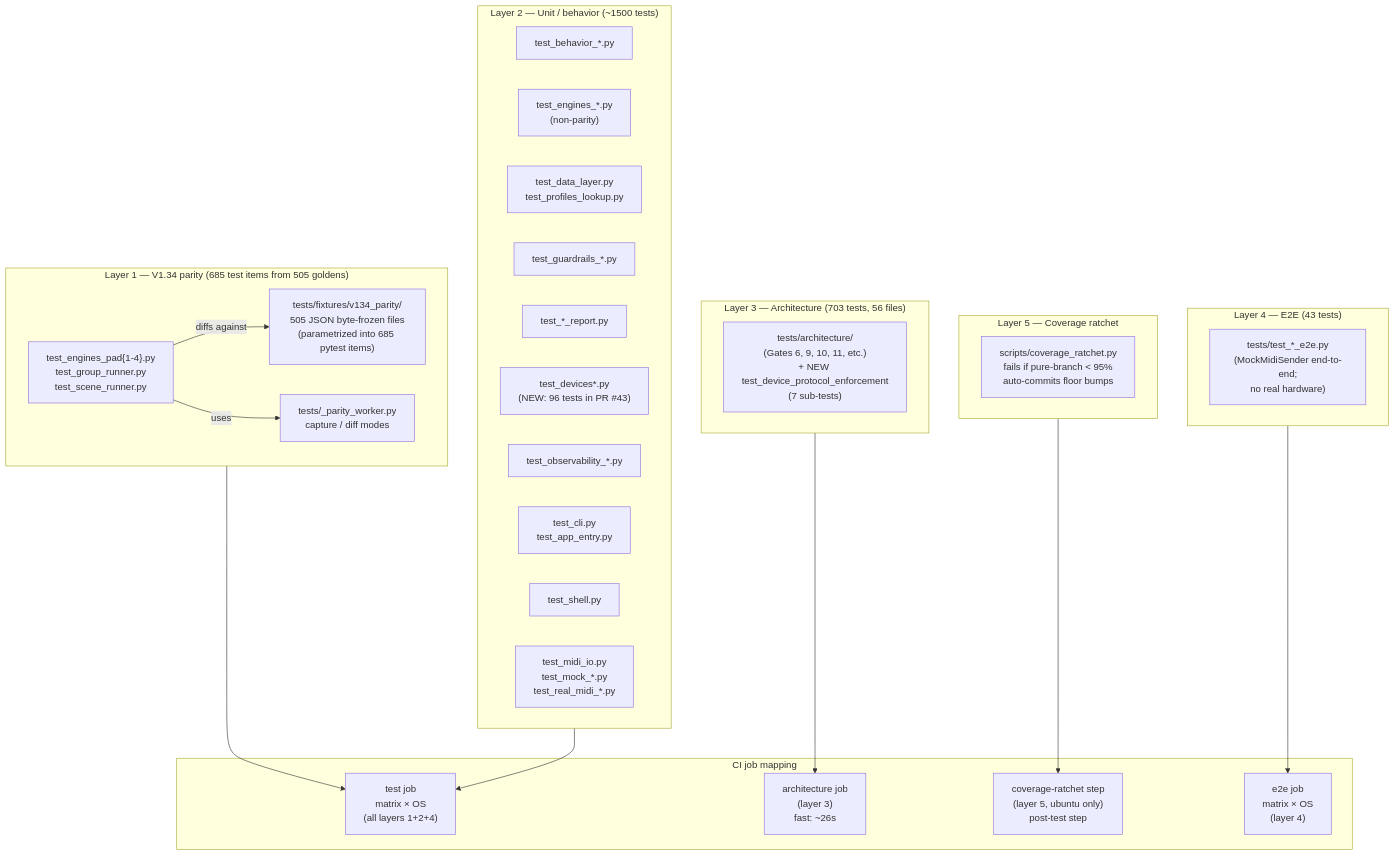
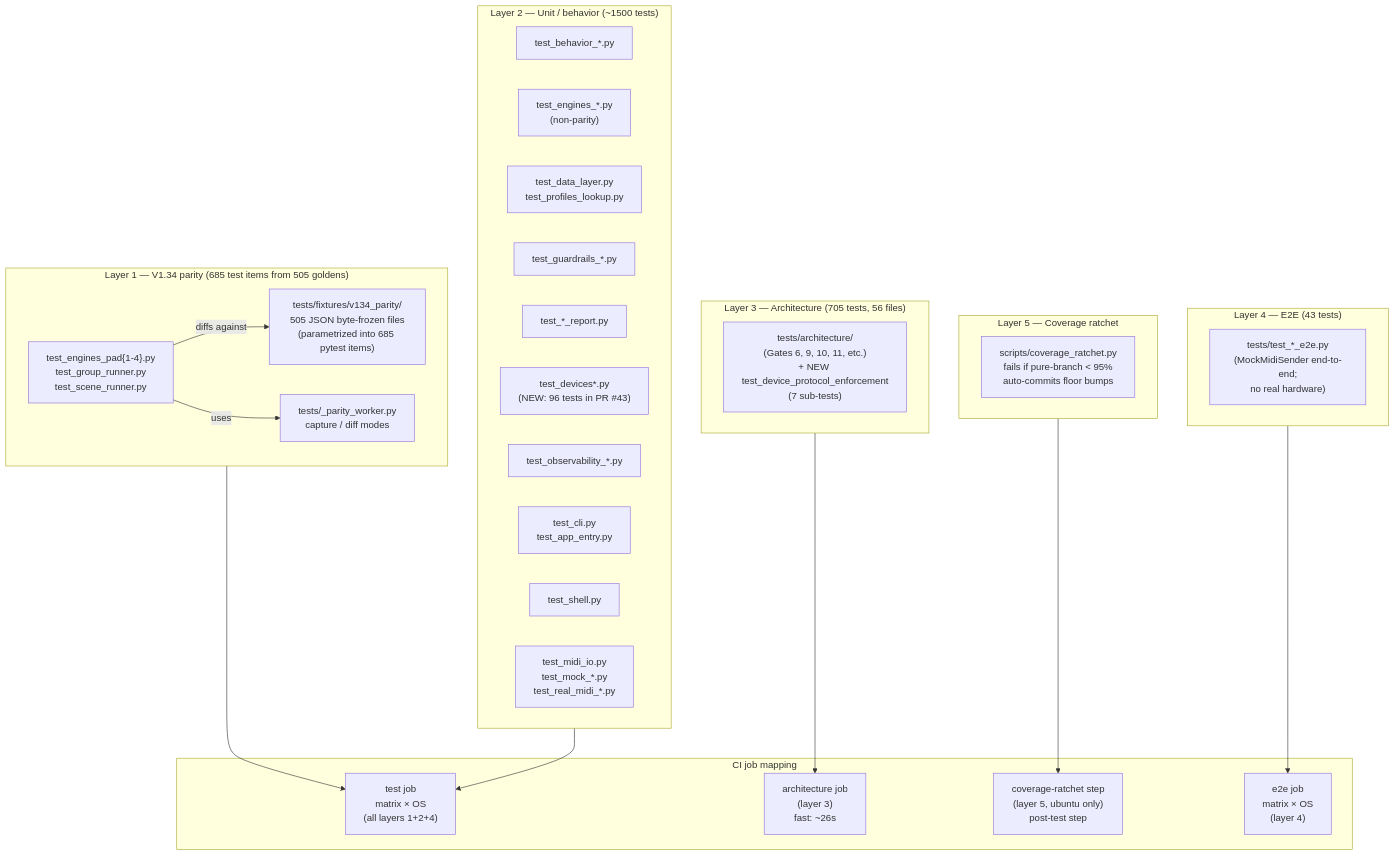
Diagram 13 of 34 in docs/ARCHITECTURE_DIAGRAMS.md (buzzijose-hub/RytmRandomizer), drawn with Mermaid before and after one commit. The commit also changed other lines of this file and 32 other files, not shown here.

````diff
--- a/docs/ARCHITECTURE_DIAGRAMS.md
+++ b/docs/ARCHITECTURE_DIAGRAMS.md
@@ -979,49 +979,49 @@
 ```mermaid
 flowchart TB
     subgraph Layer1["Layer 1 — V1.34 parity (685 test items from 505 goldens)"]
         Goldens["tests/fixtures/v134_parity/<br/>505 JSON byte-frozen files<br/>(parametrized into 685 pytest items)"]
         ParityTests["test_engines_pad{1-4}.py<br/>test_group_runner.py<br/>test_scene_runner.py"]
         ParityWorker["tests/_parity_worker.py<br/>capture / diff modes"]
     end
 
     subgraph Layer2["Layer 2 — Unit / behavior (~1500 tests)"]
         BehaviorTests["test_behavior_*.py"]
         EngineUnits["test_engines_*.py<br/>(non-parity)"]
         DataTests["test_data_layer.py<br/>test_profiles_lookup.py"]
         GuardrailsTests["test_guardrails_*.py"]
         ReportsTests["test_*_report.py"]
         DeviceTests["test_devices*.py<br/>(NEW: 96 tests in PR #43)"]
         ObservabilityTests["test_observability_*.py"]
         CliTests["test_cli.py<br/>test_app_entry.py"]
         ShellTests["test_shell.py"]
         MidiTests["test_midi_io.py<br/>test_mock_*.py<br/>test_real_midi_*.py"]
     end
 
-    subgraph Layer3["Layer 3 — Architecture (703 tests, 56 files)"]
+    subgraph Layer3["Layer 3 — Architecture (705 tests, 56 files)"]
         ArchTests["tests/architecture/<br/>(Gates 6, 9, 10, 11, etc.)<br/>+ NEW test_device_protocol_enforcement<br/>(7 sub-tests)"]
     end
 
     subgraph Layer4["Layer 4 — E2E (43 tests)"]
         E2ETests["tests/test_*_e2e.py<br/>(MockMidiSender end-to-end;<br/>no real hardware)"]
     end
 
     subgraph Layer5["Layer 5 — Coverage ratchet"]
         CovScript["scripts/coverage_ratchet.py<br/>fails if pure-branch < 95%<br/>auto-commits floor bumps"]
     end
 
     subgraph CIJobs["CI job mapping"]
         TestJob["test job<br/>matrix × OS<br/>(all layers 1+2+4)"]
         ArchJob["architecture job<br/>(layer 3)<br/>fast: ~26s"]
         CovJob["coverage-ratchet step<br/>(layer 5, ubuntu only)<br/>post-test step"]
         E2EJob["e2e job<br/>matrix × OS<br/>(layer 4)"]
     end
 
     Layer1 --> TestJob
     Layer2 --> TestJob
     Layer3 --> ArchJob
     Layer4 --> E2EJob
     Layer5 --> CovJob
 
     ParityTests -->|"diffs against"| Goldens
     ParityTests -->|"uses"| ParityWorker
 ```
````
